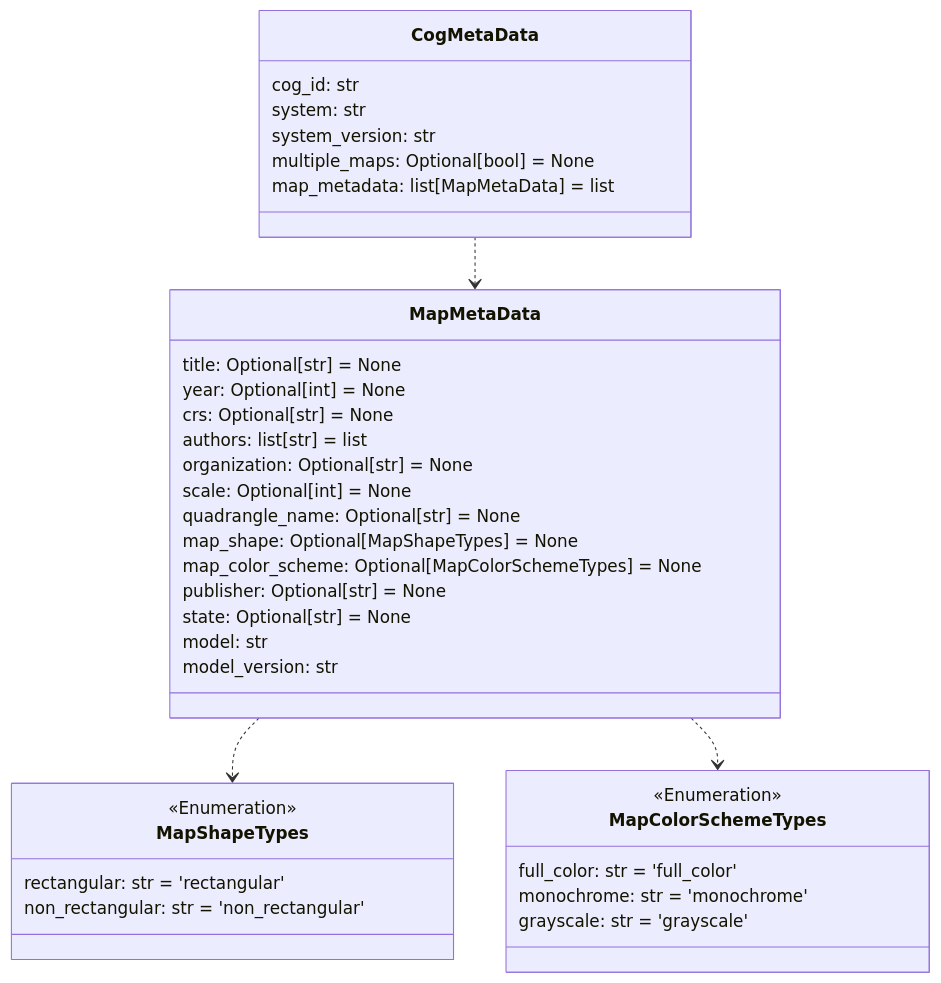
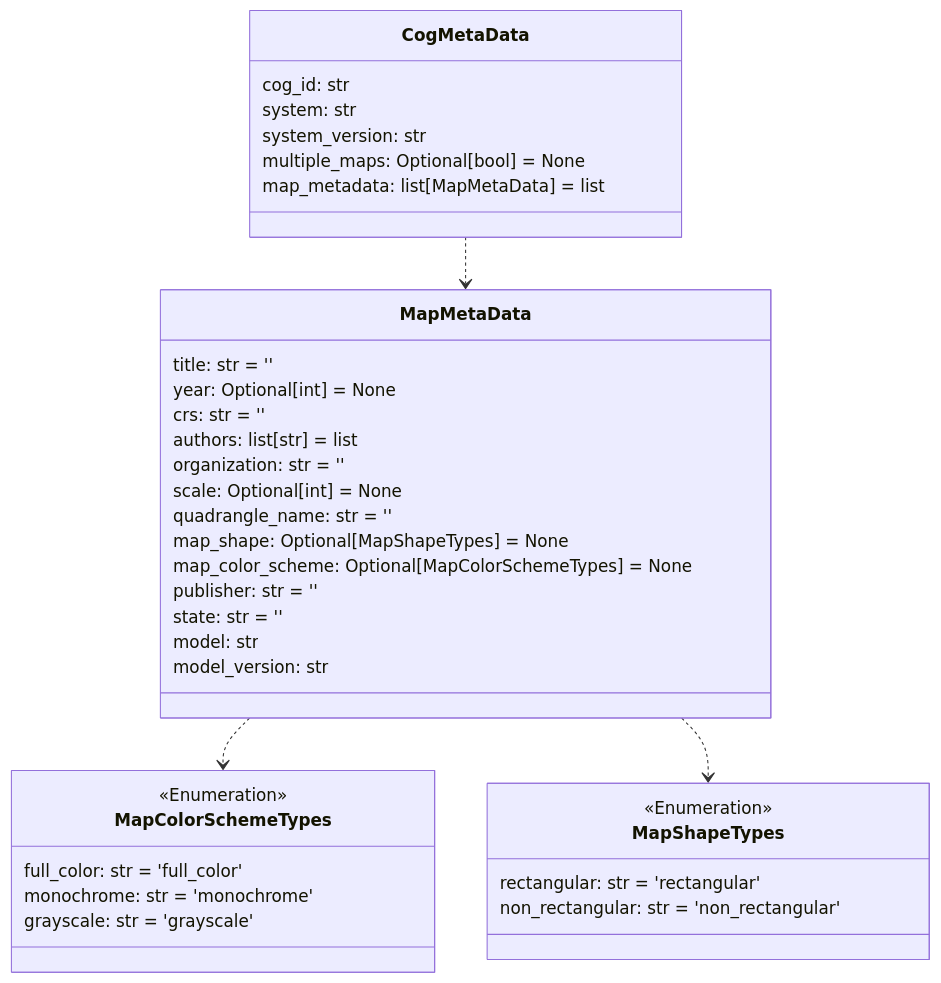
One commit to DARPA-CRITICALMAAS/cdr_schemas changed the eighth of 12 diagrams in README.md. Above: the diagram before and after it, drawn with Mermaid. The commit also changed other lines of this file and 7 other files, not shown here.

````diff
--- a/README.md
+++ b/README.md
@@ -613,46 +613,46 @@
 ```mermaid
 classDiagram
+
+    class MapColorSchemeTypes {
+        <<Enumeration>>
+        full_color: str = 'full_color'
+        monochrome: str = 'monochrome'
+        grayscale: str = 'grayscale'
+    }
+
+    class MapMetaData {
+        title: str = ''
+        year: Optional[int] = None
+        crs: str = ''
+        authors: list[str] = list
+        organization: str = ''
+        scale: Optional[int] = None
+        quadrangle_name: str = ''
+        map_shape: Optional[MapShapeTypes] = None
+        map_color_scheme: Optional[MapColorSchemeTypes] = None
+        publisher: str = ''
+        state: str = ''
+        model: str
+        model_version: str
+    }
 
     class MapShapeTypes {
         <<Enumeration>>
         rectangular: str = 'rectangular'
         non_rectangular: str = 'non_rectangular'
     }
 
     class CogMetaData {
         cog_id: str
         system: str
         system_version: str
         multiple_maps: Optional[bool] = None
         map_metadata: list[MapMetaData] = list
     }
 
-    class MapMetaData {
-        title: Optional[str] = None
-        year: Optional[int] = None
-        crs: Optional[str] = None
-        authors: list[str] = list
-        organization: Optional[str] = None
-        scale: Optional[int] = None
-        quadrangle_name: Optional[str] = None
-        map_shape: Optional[MapShapeTypes] = None
-        map_color_scheme: Optional[MapColorSchemeTypes] = None
-        publisher: Optional[str] = None
-        state: Optional[str] = None
-        model: str
-        model_version: str
-    }
-
-    class MapColorSchemeTypes {
-        <<Enumeration>>
-        full_color: str = 'full_color'
-        monochrome: str = 'monochrome'
-        grayscale: str = 'grayscale'
-    }
-
+    MapMetaData ..> MapColorSchemeTypes
     MapMetaData ..> MapShapeTypes
-    MapMetaData ..> MapColorSchemeTypes
     CogMetaData ..> MapMetaData
 
 
 ```
````
